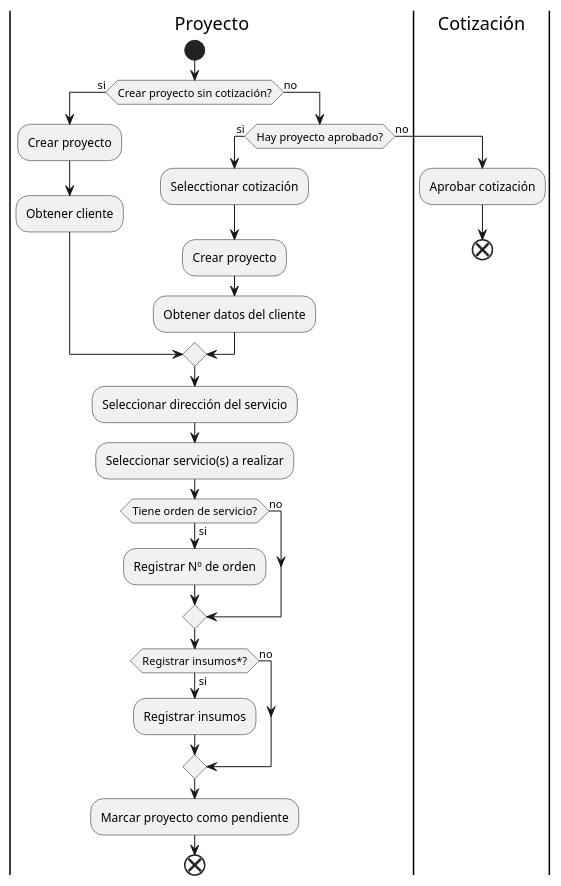
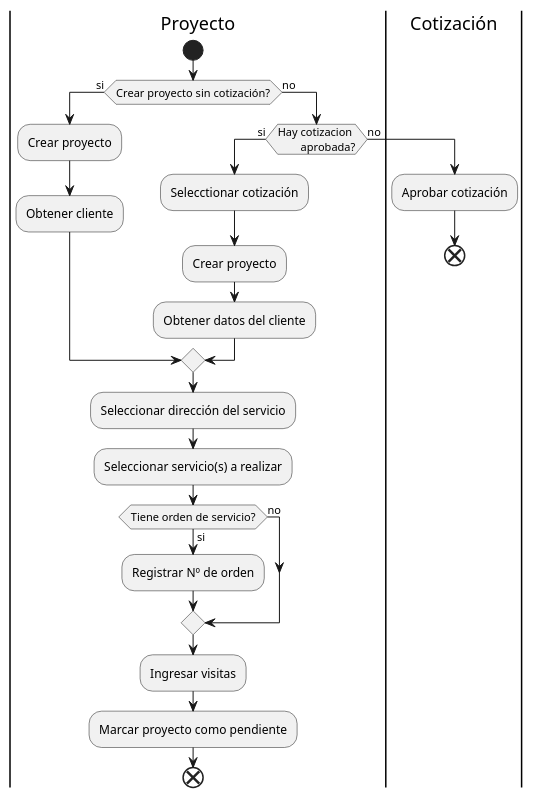
One commit to digitales-2024/perucontrol changed the second of 4 diagrams in docs/src/content/docs/docs/proyectos.mdx. Above: the diagram before and after it, drawn with PlantUML. The commit also changed 12 other files, not shown here.

```diff
--- a/docs/src/content/docs/docs/proyectos.mdx
+++ b/docs/src/content/docs/docs/proyectos.mdx
@@ -20,36 +20,34 @@
 @startuml;
 |Proyecto|
 start
 if (Crear proyecto sin cotización?) then (si)
 	:Crear proyecto;
 	:Obtener cliente;
 else (no)
-	if (Hay proyecto aprobado?) then (si)
+	if (Hay cotizacion
+	aprobada?) then (si)
 		:Selecctionar cotización;
 		:Crear proyecto;
 		:Obtener datos del cliente;
 	else (no)
 		|Cotización|
 		:Aprobar cotización;
 		end
 	endif
 endif
 
 |Proyecto|
 :Seleccionar dirección del servicio;
 :Seleccionar servicio(s) a realizar;
 
 if (Tiene orden de servicio?) then (si)
 	:Registrar Nº de orden;
 else (no)
 endif
 
-if (Registrar insumos*?) then (si)
-	:Registrar insumos;
-else (no)
-endif
+:Ingresar visitas;
 
 :Marcar proyecto como pendiente;
 
 end
 @enduml;
```
